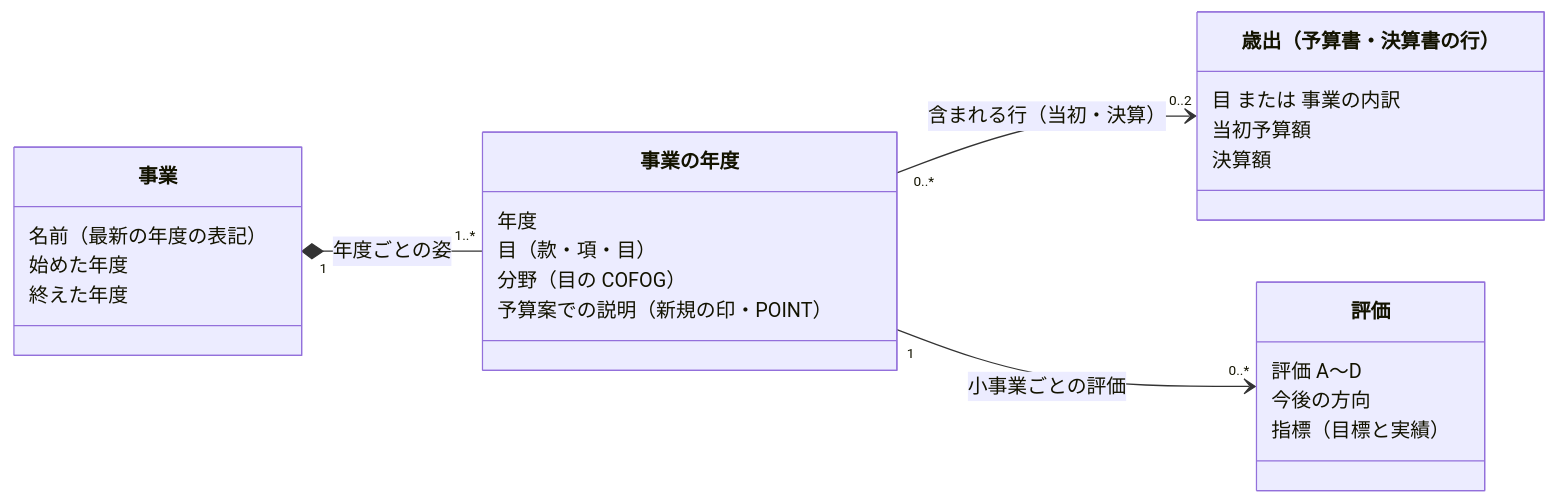
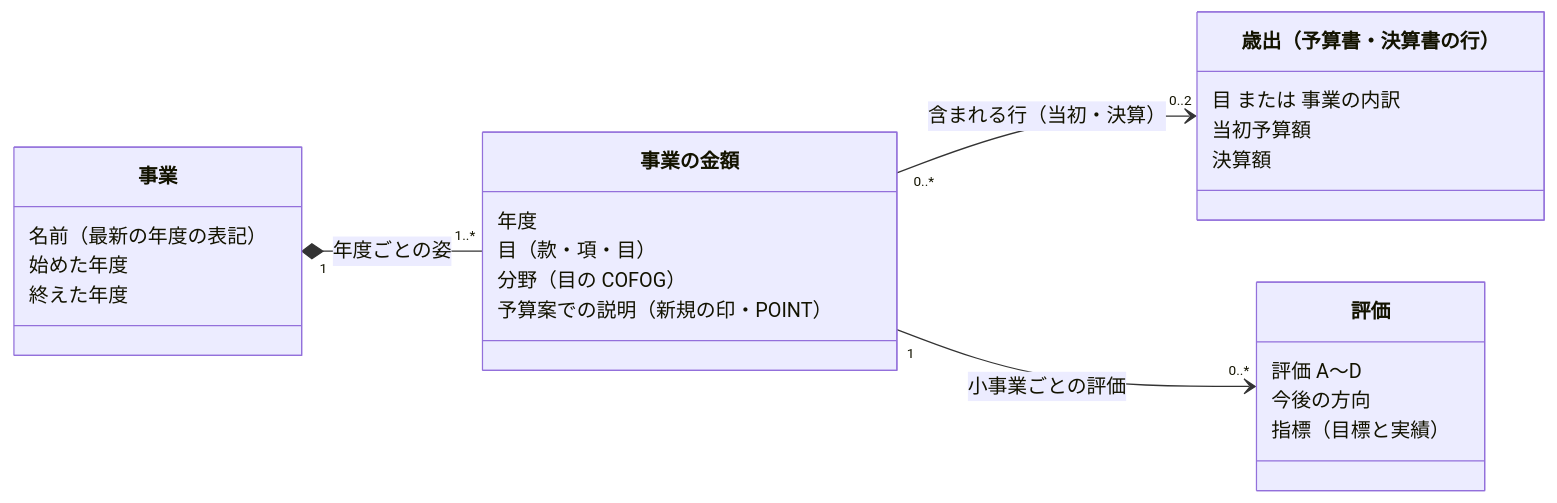
The diagram in docs/prd/jurisdiction-page-data/project-domain-model.md (fudoki-hensansitu/fudoki), drawn with Mermaid before and after one commit. The commit also changed other lines of this file, not shown here.

````diff
--- a/docs/prd/jurisdiction-page-data/project-domain-model.md
+++ b/docs/prd/jurisdiction-page-data/project-domain-model.md
@@ -17,28 +17,28 @@
 ```mermaid
 classDiagram
     direction LR
     class Project["事業"] {
         名前（最新の年度の表記）
         始めた年度
         終えた年度
     }
-    class ProjectYear["事業の年度"] {
+    class ProjectYear["事業の金額"] {
         年度
         目（款・項・目）
         分野（目の COFOG）
         予算案での説明（新規の印・POINT）
     }
     class Expenditure["歳出（予算書・決算書の行）"] {
         目 または 事業の内訳
         当初予算額
         決算額
     }
     class Evaluation["評価"] {
         評価 A〜D
         今後の方向
         指標（目標と実績）
     }
     Project "1" *-- "1..*" ProjectYear : 年度ごとの姿
     ProjectYear "0..*" --> "0..2" Expenditure : 含まれる行（当初・決算）
     ProjectYear "1" --> "0..*" Evaluation : 小事業ごとの評価
 ```
````
